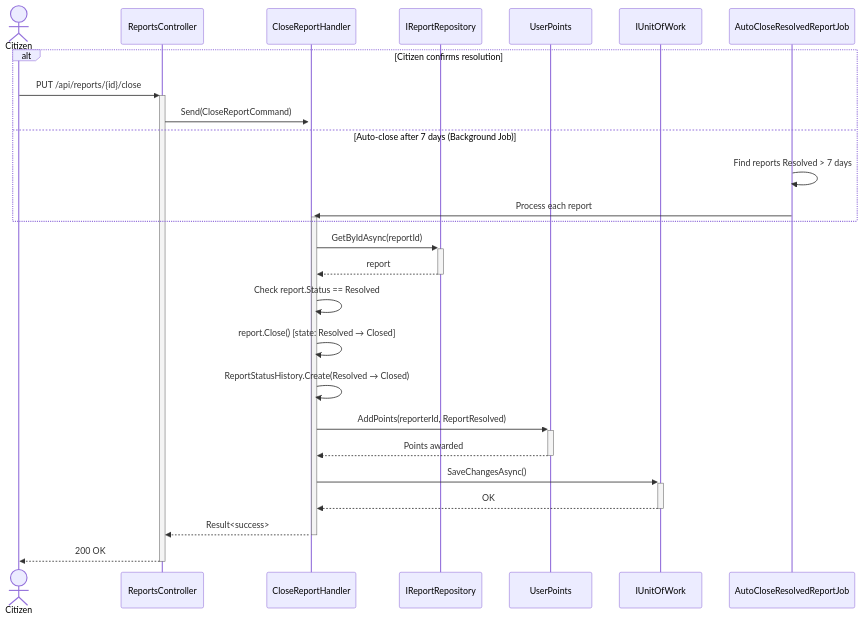
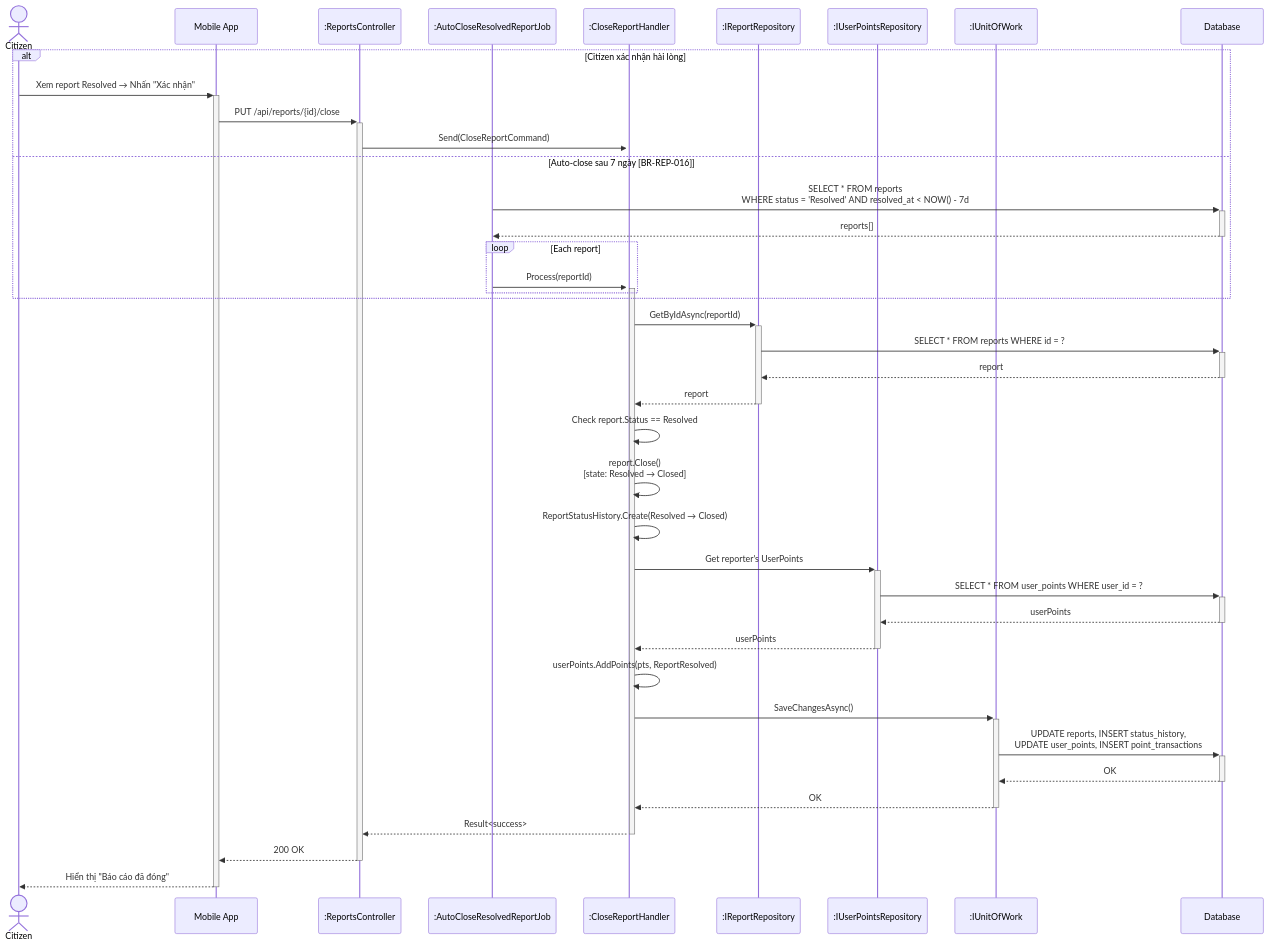
The ninth of 25 diagrams in docs/BusinessRule/SEQUENCE_DIAGRAMS.md (Capstonne-Project/greenlens-service), drawn with Mermaid before and after one commit. The commit also changed other lines of this file, not shown here.

Commit message:
fix(docs): enhance format sequence diagram

````diff
--- a/docs/BusinessRule/SEQUENCE_DIAGRAMS.md
+++ b/docs/BusinessRule/SEQUENCE_DIAGRAMS.md
@@ -424,35 +526,48 @@
 ```mermaid
 sequenceDiagram
     actor Citizen
-    participant API as ReportsController
-    participant Handler as CloseReportHandler
-    participant ReportRepo as IReportRepository
-    participant Points as UserPoints
-    participant DB as IUnitOfWork
+    participant App as Mobile App
+    participant Ctrl as :ReportsController
+    participant Job as :AutoCloseResolvedReportJob
+    participant Hdl as :CloseReportHandler
+    participant RptRepo as :IReportRepository
+    participant PtsRepo as :IUserPointsRepository
+    participant UoW as :IUnitOfWork
+    participant DB as Database
 
-    alt Citizen confirms resolution
-        Citizen->>+API: PUT /api/reports/{id}/close
-        API->>+Handler: Send(CloseReportCommand)
-    else Auto-close after 7 days (Background Job)
-        participant Job as AutoCloseResolvedReportJob
-        Job->>Job: Find reports Resolved > 7 days
-        Job->>+Handler: Process each report
+    alt Citizen xác nhận hài lòng
+        Citizen->>+App: Xem report Resolved → Nhấn "Xác nhận"
+        App->>+Ctrl: PUT /api/reports/{id}/close
+        Ctrl->>+Hdl: Send(CloseReportCommand)
+    else Auto-close sau 7 ngày [BR-REP-016]
+        Job->>+DB: SELECT * FROM reports<br/>WHERE status = 'Resolved' AND resolved_at < NOW() - 7d
+        DB-->>-Job: reports[]
+        loop Each report
+            Job->>+Hdl: Process(reportId)
+        end
     end
 
-    Handler->>+ReportRepo: GetByIdAsync(reportId)
-    ReportRepo-->>-Handler: report
+    Hdl->>+RptRepo: GetByIdAsync(reportId)
+    RptRepo->>+DB: SELECT * FROM reports WHERE id = ?
+    DB-->>-RptRepo: report
+    RptRepo-->>-Hdl: report
+    Hdl->>Hdl: Check report.Status == Resolved
 
-    Handler->>Handler: Check report.Status == Resolved
+    Hdl->>Hdl: report.Close()<br/>[state: Resolved → Closed]
+    Hdl->>Hdl: ReportStatusHistory.Create(Resolved → Closed)
 
-    Handler->>Handler: report.Close() [state: Resolved → Closed]
-    Handler->>Handler: ReportStatusHistory.Create(Resolved → Closed)
+    Hdl->>+PtsRepo: Get reporter's UserPoints
+    PtsRepo->>+DB: SELECT * FROM user_points WHERE user_id = ?
+    DB-->>-PtsRepo: userPoints
+    PtsRepo-->>-Hdl: userPoints
+    Hdl->>Hdl: userPoints.AddPoints(pts, ReportResolved)
 
-    Handler->>+Points: AddPoints(reporterId, ReportResolved)
-    Points-->>-Handler: Points awarded
+    Hdl->>+UoW: SaveChangesAsync()
+    UoW->>+DB: UPDATE reports, INSERT status_history,<br/>UPDATE user_points, INSERT point_transactions
+    DB-->>-UoW: OK
+    UoW-->>-Hdl: OK
 
-    Handler->>+DB: SaveChangesAsync()
-    DB-->>-Handler: OK
-
-    Handler-->>-API: Result<success>
-    API-->>-Citizen: 200 OK
+    Hdl-->>-Ctrl: Result<success>
+    Ctrl-->>-App: 200 OK
+    App-->>-Citizen: Hiển thị "Báo cáo đã đóng"
 ```
````
